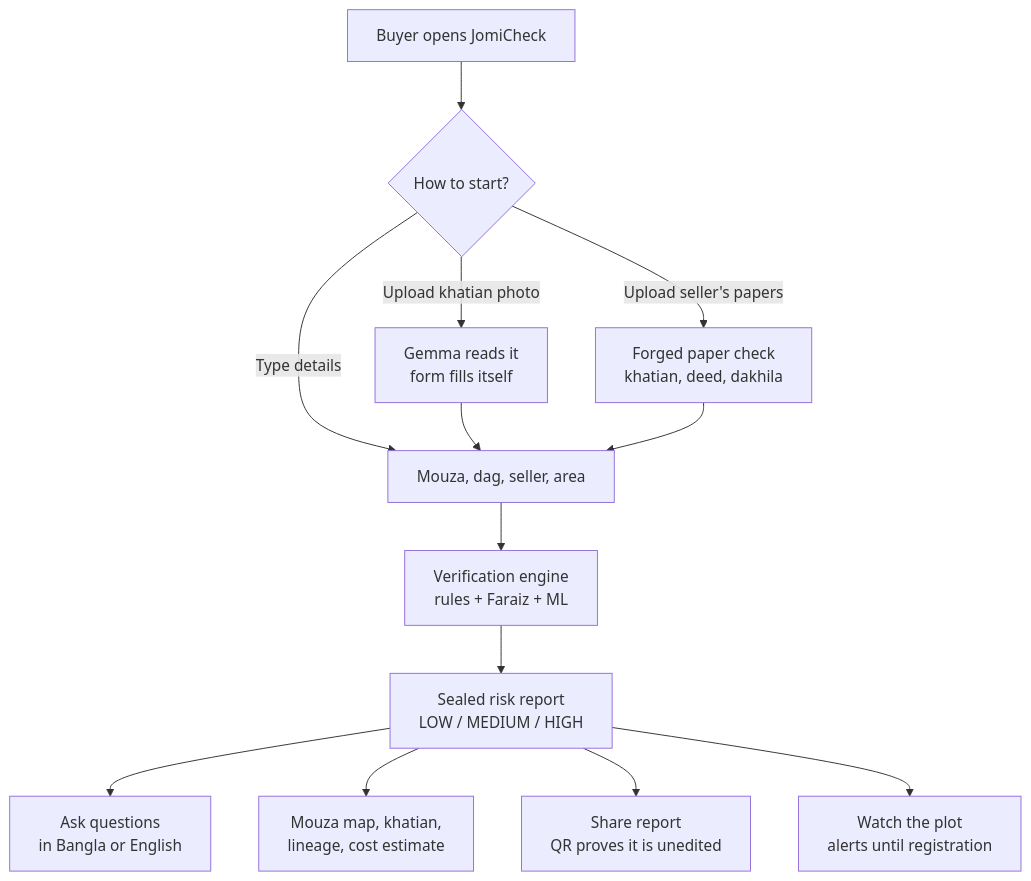
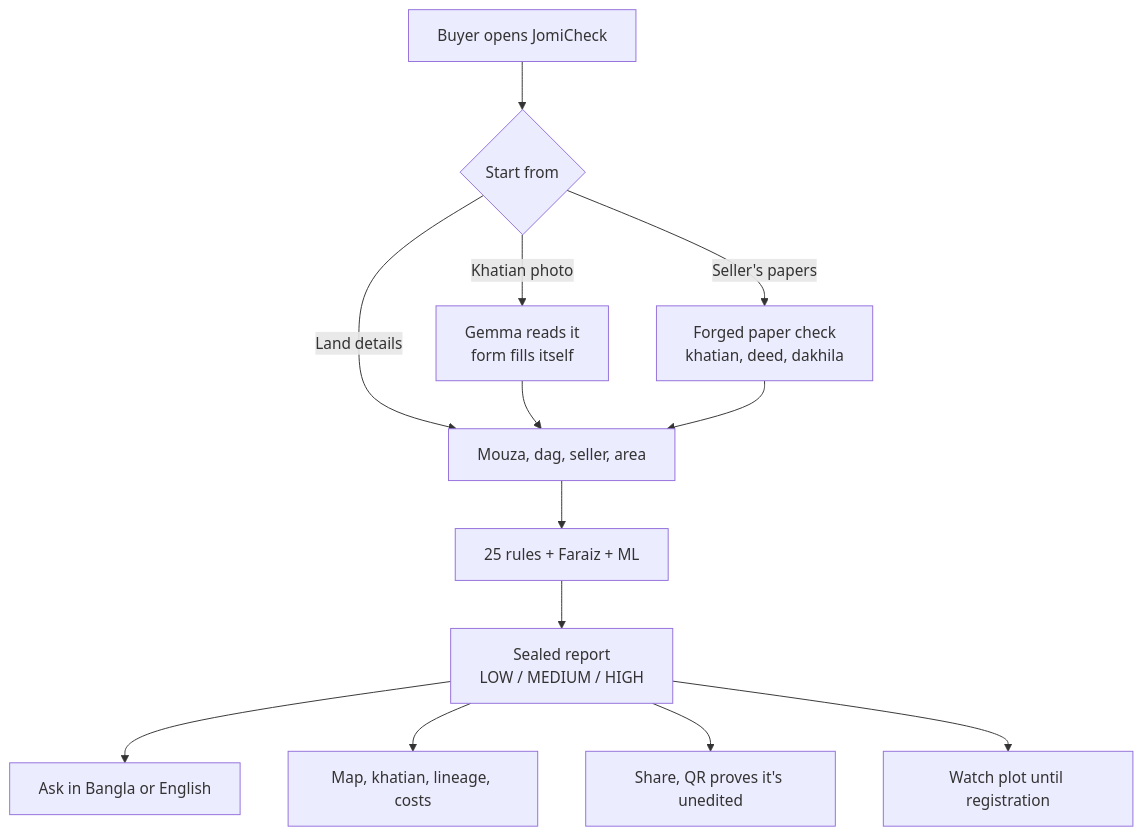
The second of 2 diagrams in README.md (nomancsediu/JomiCheck), drawn with Mermaid before and after one commit. The commit also changed other lines of this file and 1 other file, not shown here.

````diff
--- a/README.md
+++ b/README.md
@@ -143,15 +103,15 @@
 ```mermaid
 flowchart TD
-    A[Buyer opens JomiCheck] --> B{How to start?}
-    B -->|Type details| C[Mouza, dag, seller, area]
-    B -->|Upload khatian photo| D[Gemma reads it<br/>form fills itself]
-    B -->|Upload seller's papers| F[Forged paper check<br/>khatian, deed, dakhila]
+    A[Buyer opens JomiCheck] --> B{Start from}
+    B -->|Land details| C[Mouza, dag, seller, area]
+    B -->|Khatian photo| D[Gemma reads it<br/>form fills itself]
+    B -->|Seller's papers| F[Forged paper check<br/>khatian, deed, dakhila]
     D --> C
     F --> C
-    C --> E[Verification engine<br/>rules + Faraiz + ML]
-    E --> R[Sealed risk report<br/>LOW / MEDIUM / HIGH]
-    R --> Q[Ask questions<br/>in Bangla or English]
-    R --> M[Mouza map, khatian,<br/>lineage, cost estimate]
-    R --> V[Share report<br/>QR proves it is unedited]
-    R --> W[Watch the plot<br/>alerts until registration]
+    C --> E[25 rules + Faraiz + ML]
+    E --> R[Sealed report<br/>LOW / MEDIUM / HIGH]
+    R --> Q[Ask in Bangla or English]
+    R --> M[Map, khatian, lineage, costs]
+    R --> V[Share, QR proves it's unedited]
+    R --> W[Watch plot until registration]
 ```
````
